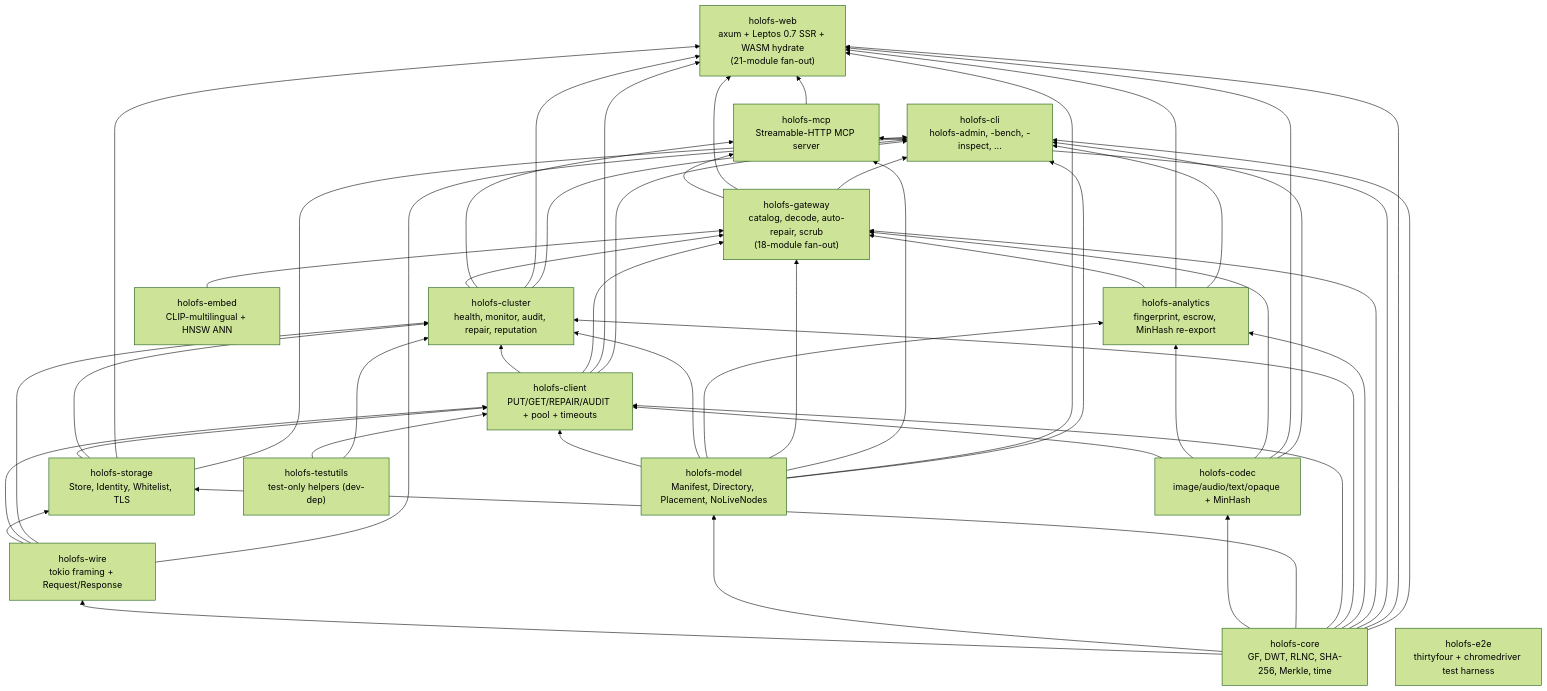
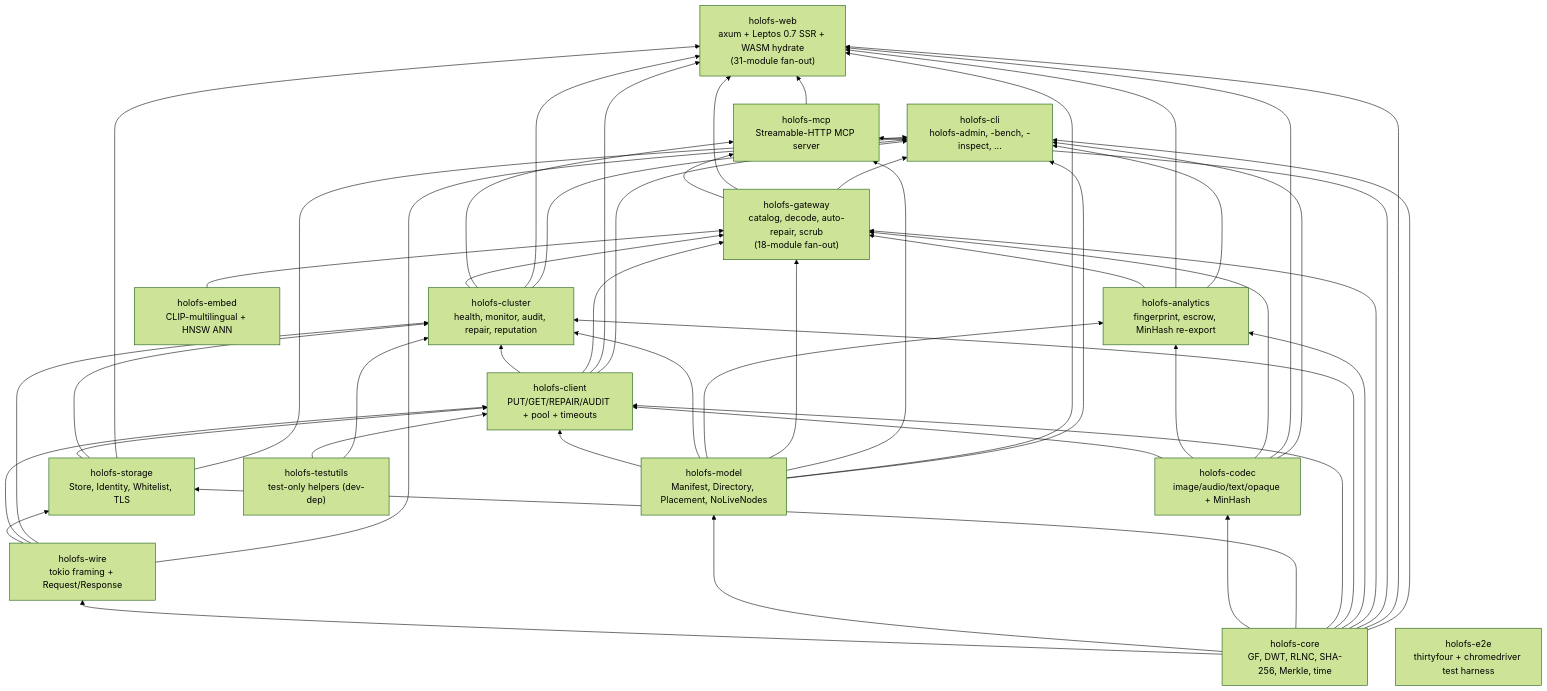
Before and after one commit to rmorenko/holofs: the first of 5 diagrams in docs/architecture.md, drawn with Mermaid (forest theme). The commit also changed other lines of this file and 16 other files, not shown here.

````diff
--- a/docs/architecture.md
+++ b/docs/architecture.md
@@ -23,68 +23,68 @@
 ```mermaid
 graph BT
     core["holofs-core<br/>GF, DWT, RLNC, SHA-256, Merkle, time"]
     wire["holofs-wire<br/>tokio framing + Request/Response"]
     model["holofs-model<br/>Manifest, Directory, Placement, NoLiveNodes"]
     codec["holofs-codec<br/>image/audio/text/opaque + MinHash"]
     storage["holofs-storage<br/>Store, Identity, Whitelist, TLS"]
     client["holofs-client<br/>PUT/GET/REPAIR/AUDIT + pool + timeouts"]
     cluster["holofs-cluster<br/>health, monitor, audit, repair, reputation"]
     embed["holofs-embed<br/>CLIP-multilingual + HNSW ANN"]
     analytics["holofs-analytics<br/>fingerprint, escrow, MinHash re-export"]
     gateway["holofs-gateway<br/>catalog, decode, auto-repair, scrub<br/>(18-module fan-out)"]
     mcp["holofs-mcp<br/>Streamable-HTTP MCP server"]
-    web["holofs-web<br/>axum + Leptos 0.7 SSR + WASM hydrate<br/>(21-module fan-out)"]
+    web["holofs-web<br/>axum + Leptos 0.7 SSR + WASM hydrate<br/>(31-module fan-out)"]
     cli["holofs-cli<br/>holofs-admin, -bench, -inspect, ..."]
     testutils["holofs-testutils<br/>test-only helpers (dev-dep)"]
     e2e["holofs-e2e<br/>thirtyfour + chromedriver test harness"]
 
     core --> wire
     core --> model
     core --> codec
     core --> storage
     wire --> storage
     storage --> client
     model --> client
     codec --> client
     wire --> client
     core --> client
     core --> cluster
     model --> cluster
     wire --> cluster
     storage --> cluster
     client --> cluster
     testutils --> client
     testutils --> cluster
     core --> analytics
     model --> analytics
     codec --> analytics
     core --> gateway
     model --> gateway
     codec --> gateway
     client --> gateway
     cluster --> gateway
     embed --> gateway
     analytics --> gateway
     core --> mcp
     model --> mcp
     cluster --> mcp
     gateway --> mcp
     core --> web
     model --> web
     codec --> web
     client --> web
     cluster --> web
     storage --> web
     gateway --> web
     analytics --> web
     mcp --> web
     core --> cli
     model --> cli
     wire --> cli
     codec --> cli
     storage --> cli
     client --> cli
     cluster --> cli
     analytics --> cli
     gateway --> cli
 ```
````
